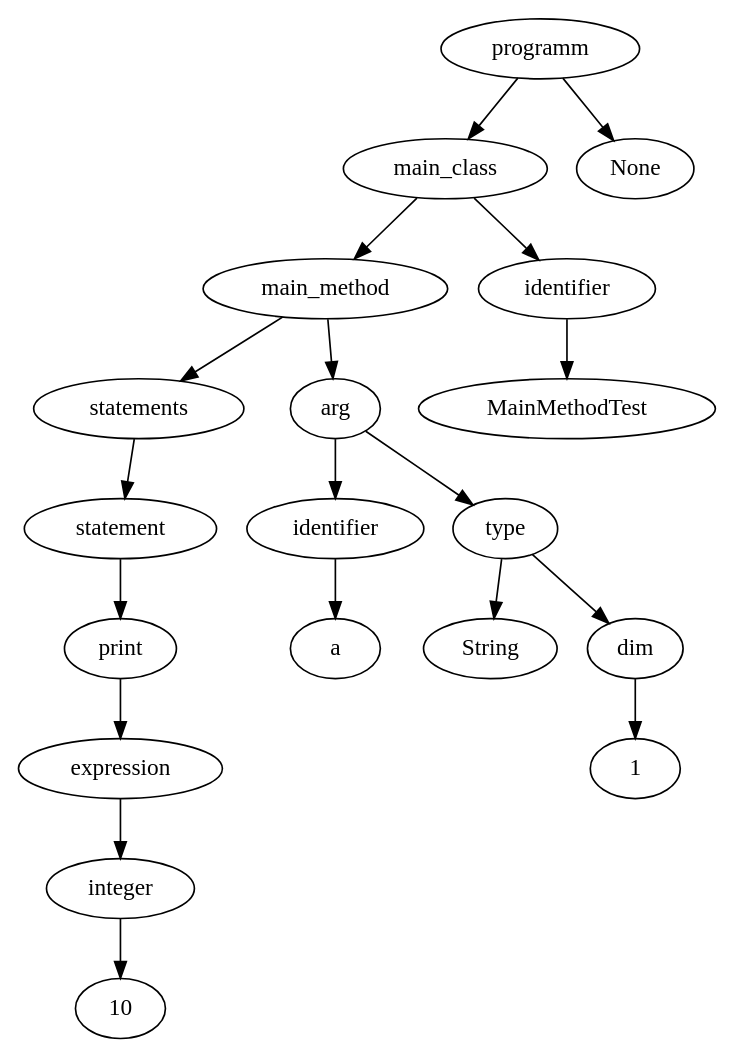
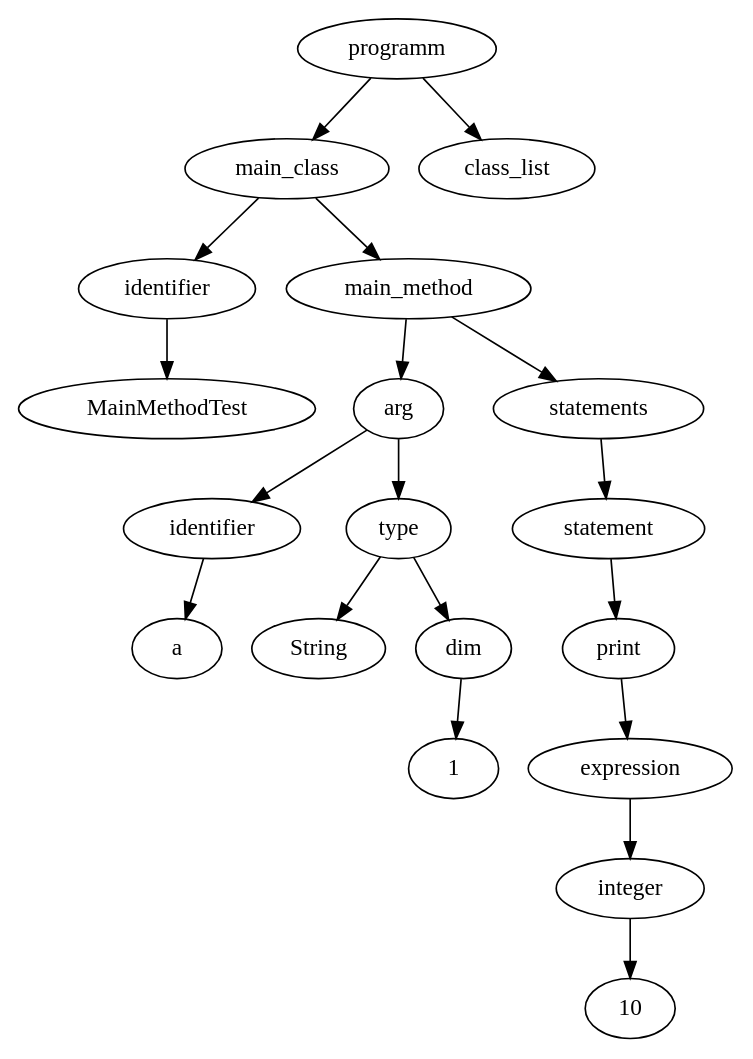
The diagram in compiler/foo.dot (afrolovskiy/compilers_labs), drawn with Graphviz before and after one commit. The commit also changed 8 other files, not shown here.

```diff
--- a/compiler/foo.dot
+++ b/compiler/foo.dot
@@ -1,43 +1,43 @@
 strict digraph  {
 	graph [ordering=out,
 		rankdir=TB
 	];
 	node [label="\N"];
 	0	 [label=programm];
 	1	 [label=main_class];
 	0 -> 1;
-	18	 [label=None];
+	18	 [label=class_list];
 	0 -> 18;
+	2	 [label=identifier];
+	1 -> 2;
 	4	 [label=main_method];
 	1 -> 4;
-	2	 [label=identifier];
-	1 -> 2;
 	3	 [label=MainMethodTest];
 	2 -> 3;
+	5	 [label=arg];
+	4 -> 5;
 	12	 [label=statements];
 	4 -> 12;
-	5	 [label=arg];
-	4 -> 5;
 	10	 [label=identifier];
 	5 -> 10;
 	6	 [label=type];
 	5 -> 6;
 	9	 [label=String];
 	6 -> 9;
 	7	 [label=dim];
 	6 -> 7;
 	8	 [label=1];
 	7 -> 8;
 	11	 [label=a];
 	10 -> 11;
 	13	 [label=statement];
 	12 -> 13;
 	14	 [label=print];
 	13 -> 14;
 	15	 [label=expression];
 	14 -> 15;
 	16	 [label=integer];
 	15 -> 16;
 	17	 [label=10];
 	16 -> 17;
 }
```
